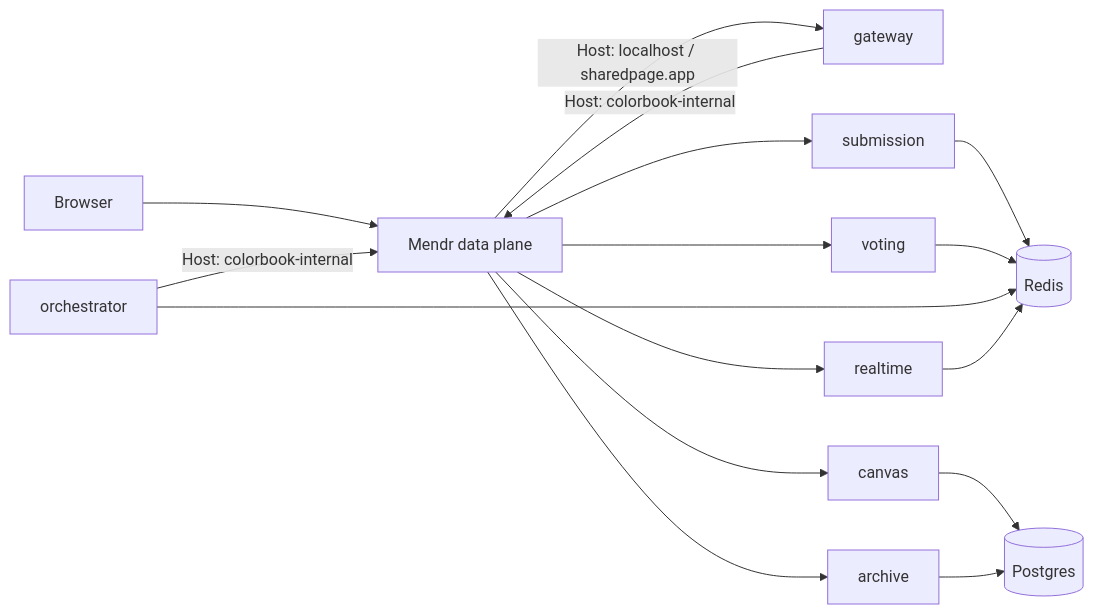
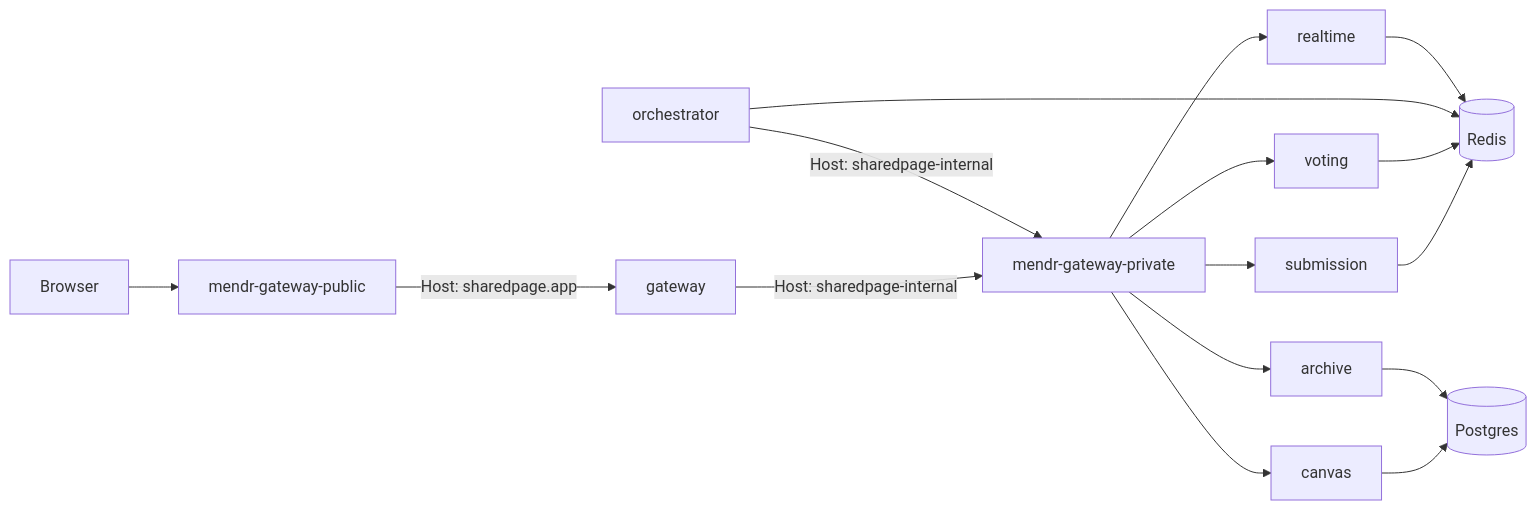
Before and after one commit to ashcode64/letswritetogether: the diagram in README.md, drawn with Mermaid. The commit also changed other lines of this file and 23 other files, not shown here.

First line of the commit message:
Split Mendr into public and private edges with sharedpage service names.

````diff
--- a/README.md
+++ b/README.md
@@ -68,18 +68,18 @@
 ```mermaid
 flowchart LR
-  browser[Browser] --> mendr[Mendr data plane]
-  mendr -->|"Host: localhost / sharedpage.app"| gateway[gateway]
-  gateway -->|"Host: colorbook-internal"| mendr
-  orchestrator[orchestrator] -->|"Host: colorbook-internal"| mendr
-  mendr --> submission[submission]
-  mendr --> voting[voting]
-  mendr --> canvas[canvas]
-  mendr --> realtime[realtime]
-  mendr --> archive[archive]
+  browser[Browser] --> pub[mendr-gateway-public]
+  pub -->|"Host: sharedpage.app"| gateway[gateway]
+  gateway -->|"Host: sharedpage-internal"| priv[mendr-gateway-private]
+  orchestrator[orchestrator] -->|"Host: sharedpage-internal"| priv
+  priv --> submission[submission]
+  priv --> voting[voting]
+  priv --> canvas[canvas]
+  priv --> realtime[realtime]
+  priv --> archive[archive]
   submission --> redis[(Redis)]
   voting --> redis
   orchestrator --> redis
   realtime --> redis
   canvas --> pg[(Postgres)]
   archive --> pg
 ```
````
